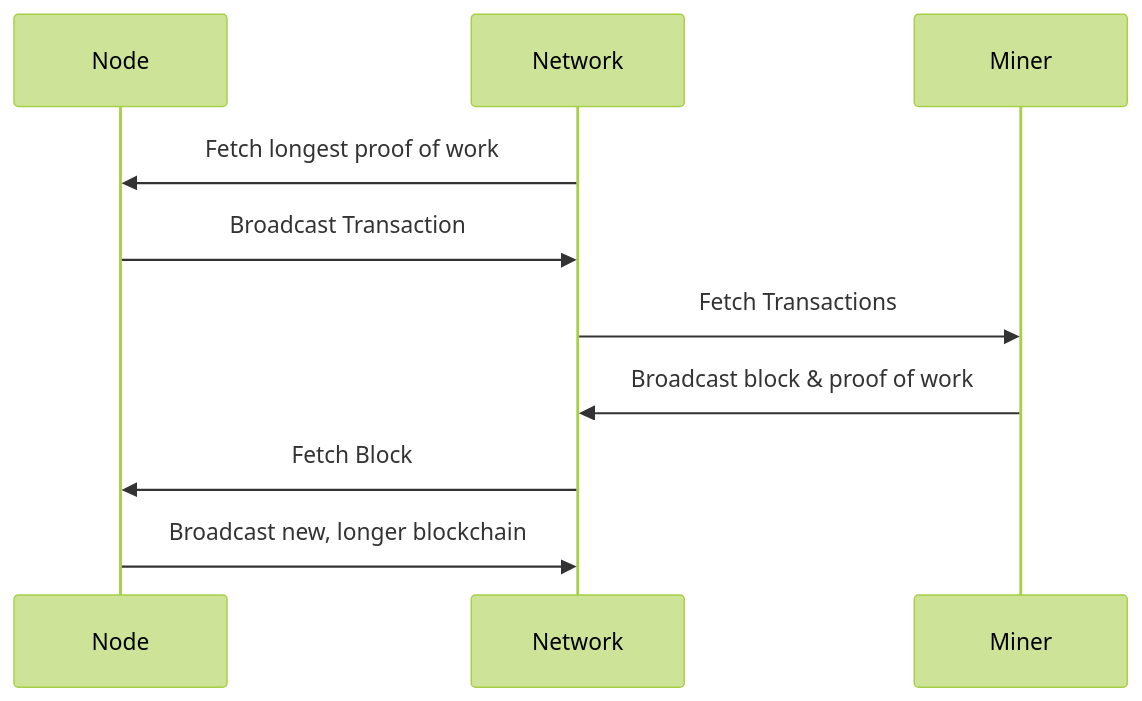
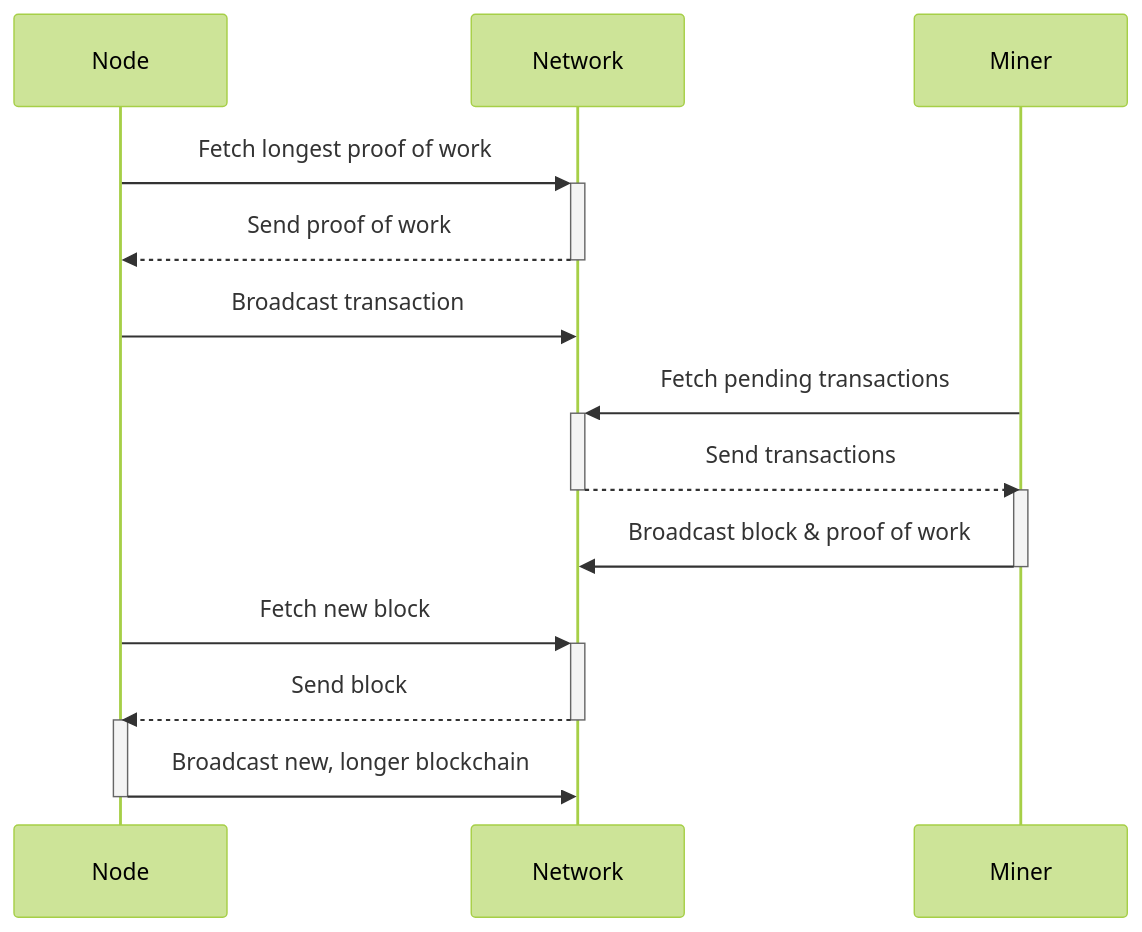
The seventh of 8 diagrams in A1/a1presentation.md (cainsusk/BitcoinCore-Architecture), drawn with Mermaid before and after one commit. The commit also changed other lines of this file and 2 other files, not shown here.

````diff
--- a/A1/a1presentation.md
+++ b/A1/a1presentation.md
@@ -216,14 +257,24 @@
 ```mermaid
 %%{init: {"theme": "forest"}}%%
 sequenceDiagram
         participant n as Node
         participant N as Network
         participant m as Miner
 
-        N ->> n : Fetch longest proof of work
-        n ->> N : Broadcast Transaction
-        N ->> m : Fetch Transactions
-        m ->> N : Broadcast block & proof of work
-        N ->> n : Fetch Block
-        n ->> N : Broadcast new, longer blockchain
+        n ->>+ N : Fetch longest proof of work
+        N -->>- n : Send proof of work
+
+        n ->> N : Broadcast transaction
+
+        m ->>+ N : Fetch pending transactions
+        N -->>- m : Send transactions
+        
+        activate m
+        m ->>- N : Broadcast block & proof of work
+
+        n ->>+ N : Fetch new block
+        N -->>- n : Send block
+
+        activate n
+        n ->>- N : Broadcast new, longer blockchain
 ```
````
